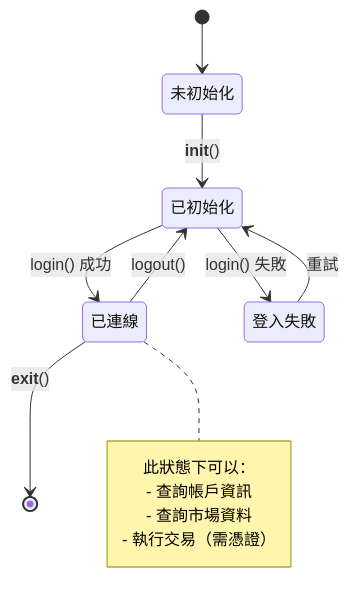
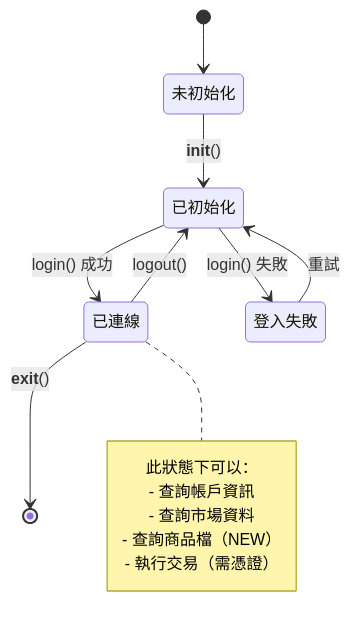
The third of 8 diagrams in 類別圖.md (wu02067602/sample-trading), drawn with Mermaid before and after one commit. The commit also changed other lines of this file and 3 other files, not shown here.

````diff
--- a/類別圖.md
+++ b/類別圖.md
@@ -105,17 +139,18 @@
 ```mermaid
 stateDiagram-v2
     [*] --> 未初始化
     未初始化 --> 已初始化: __init__()
     已初始化 --> 已連線: login() 成功
     已初始化 --> 登入失敗: login() 失敗
     登入失敗 --> 已初始化: 重試
     已連線 --> 已初始化: logout()
     已連線 --> [*]: __exit__()
     
     note right of 已連線
         此狀態下可以：
         - 查詢帳戶資訊
         - 查詢市場資料
+        - 查詢商品檔（NEW）
         - 執行交易（需憑證）
     end note
 ```
````
